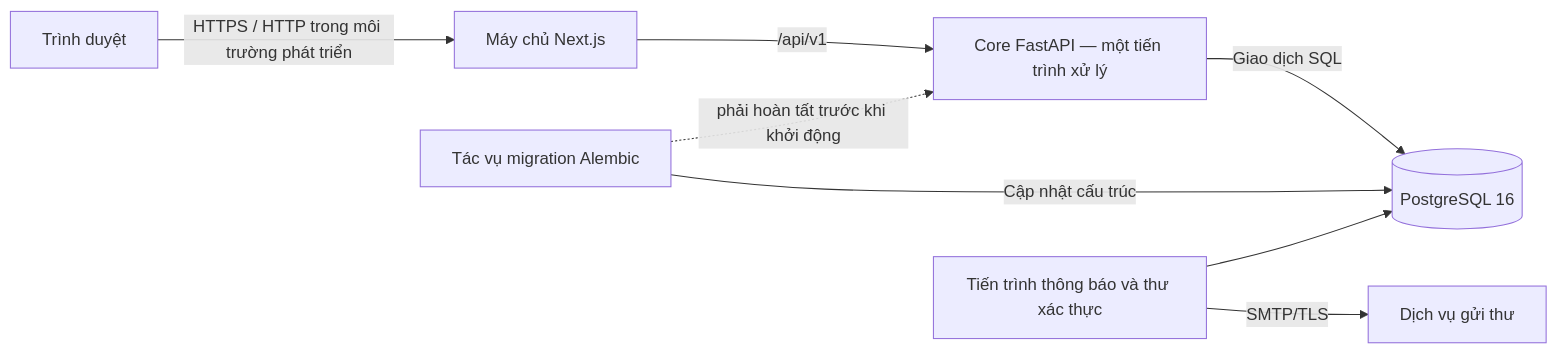
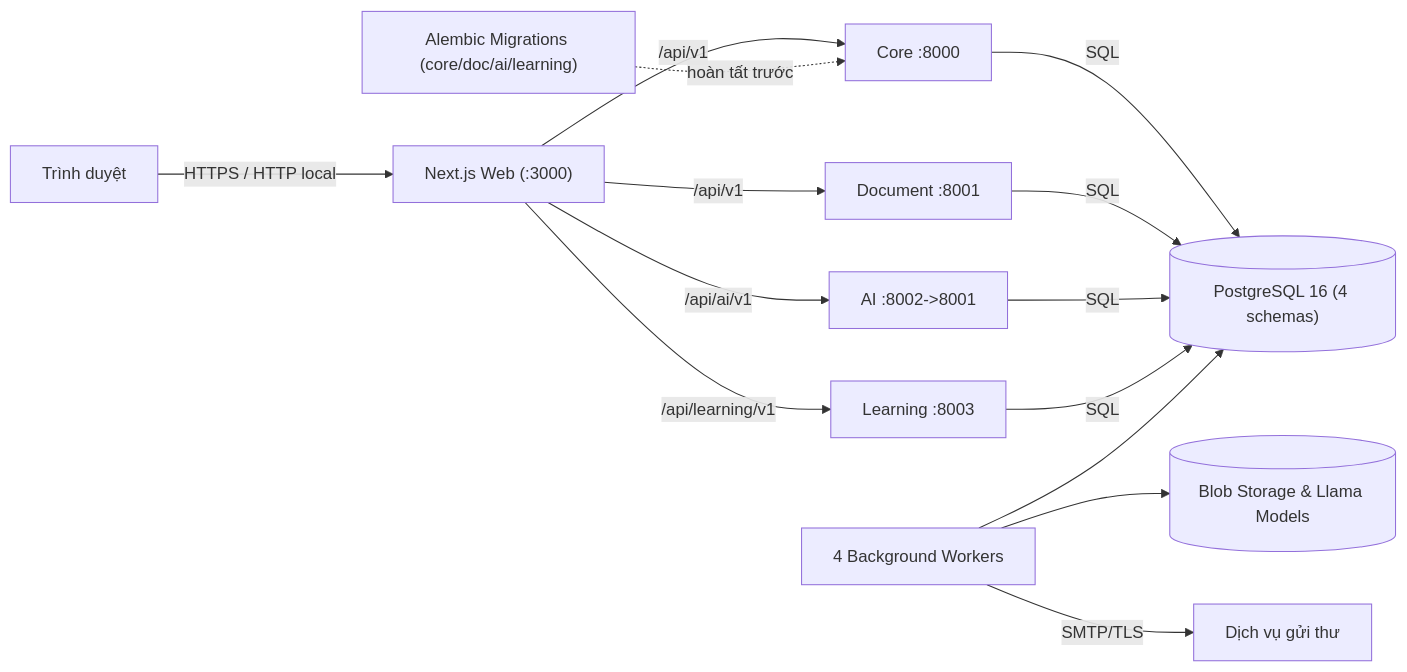
The diagram in docs/architect/lumi-design/diagrams_arch/A04_Container_Runtime.mmd (quantd0106/DATN), drawn with Mermaid before and after one commit. The commit also changed 107 other files, not shown here.

```diff
--- a/docs/architect/lumi-design/diagrams_arch/A04_Container_Runtime.mmd
+++ b/docs/architect/lumi-design/diagrams_arch/A04_Container_Runtime.mmd
@@ -1,8 +1,10 @@
 flowchart LR
-  B["Trình duyệt"] -->|HTTPS / HTTP trong môi trường phát triển| W["Máy chủ Next.js"]
-  W -->|/api/v1| C["Core FastAPI — một tiến trình xử lý"]
-  C -->|Giao dịch SQL| DB[("PostgreSQL 16")]
-  M["Tác vụ migration Alembic"] -->|Cập nhật cấu trúc| DB
-  K["Tiến trình thông báo và thư xác thực"] --> DB
-  K -->|SMTP/TLS| E["Dịch vụ gửi thư"]
-  M -. "phải hoàn tất trước khi khởi động" .-> C
+  B["Trình duyệt"] -->|HTTPS / HTTP local| W["Next.js Web (:3000)"]
+  W -->|/api/v1| C["Core :8000"]
+  W -->|/api/v1| D["Document :8001"]
+  W -->|/api/ai/v1| A["AI :8002->8001"]
+  W -->|/api/learning/v1| L["Learning :8003"]
+  C & D & A & L -->|SQL| DB[("PostgreSQL 16 (4 schemas)")]
+  M["Alembic Migrations (core/doc/ai/learning)"] -. "hoàn tất trước" .-> C
+  WK["4 Background Workers"] --> DB & BV[("Blob Storage & Llama Models")]
+  WK -->|SMTP/TLS| E["Dịch vụ gửi thư"]
```
